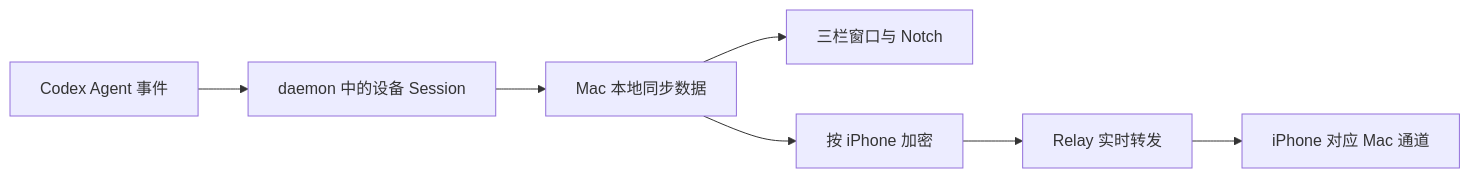
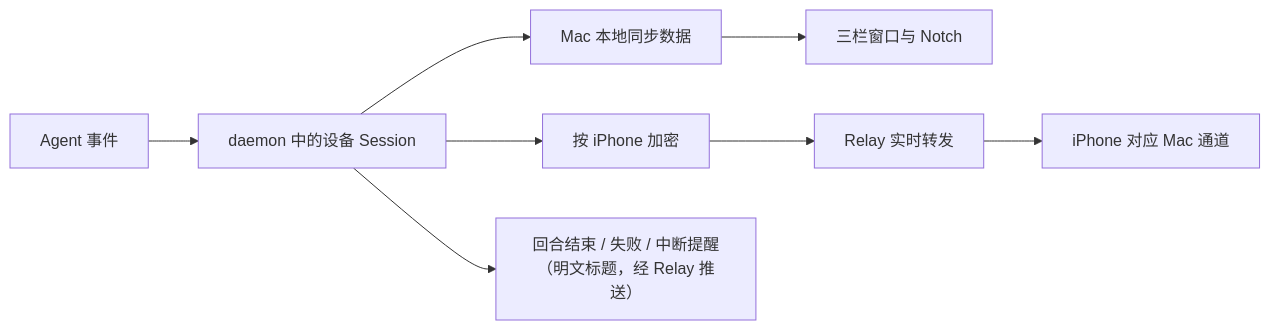
Before and after one commit to AFutureD/Lumi: the diagram in docs/feat/index.md, drawn with Mermaid. The commit also changed other lines of this file and 8 other files, not shown here.

````diff
--- a/docs/feat/index.md
+++ b/docs/feat/index.md
@@ -62,9 +60,10 @@
 ```mermaid
 flowchart LR
-    A["Codex Agent 事件"] --> B["daemon 中的设备 Session"]
+    A["Agent 事件"] --> B["daemon 中的设备 Session"]
     B --> C["Mac 本地同步数据"]
     C --> D["三栏窗口与 Notch"]
-    C --> E["按 iPhone 加密"]
+    B --> E["按 iPhone 加密"]
     E --> F["Relay 实时转发"]
     F --> G["iPhone 对应 Mac 通道"]
+    B --> H["回合结束 / 失败 / 中断提醒（明文标题，经 Relay 推送）"]
 ```
````
